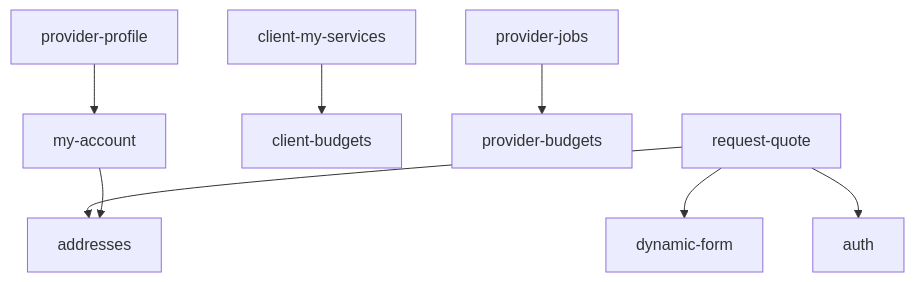
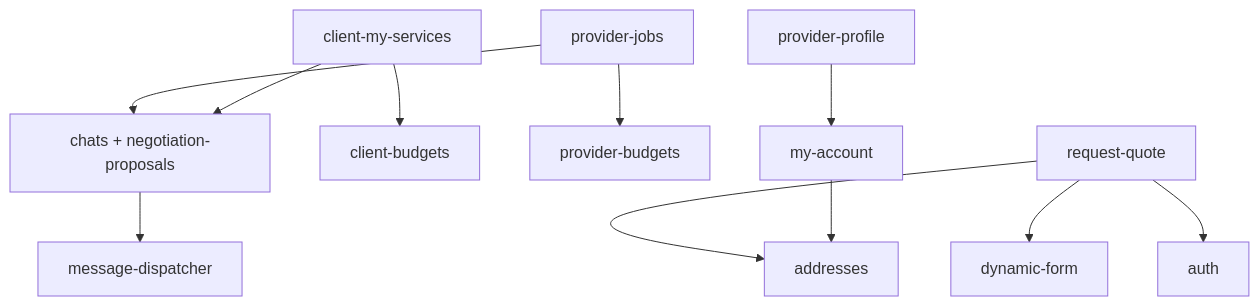
The diagram in docs/business/02-mapa-de-modulos-e-features.md (higorpo/renovi-orbit-test), drawn with Mermaid before and after one commit. The commit also changed other lines of this file and 154 other files, not shown here.

````diff
--- a/docs/business/02-mapa-de-modulos-e-features.md
+++ b/docs/business/02-mapa-de-modulos-e-features.md
@@ -64,20 +67,25 @@
 ```mermaid
 flowchart TB
   RQ[request-quote]
   DF[dynamic-form]
   AD[addresses]
   AU[auth]
   CM[client-my-services]
   CB[client-budgets]
   PJ[provider-jobs]
   PB[provider-budgets]
   PP[provider-profile]
   MA[my-account]
+  CH[chats + negotiation-proposals]
+  MD[message-dispatcher]
   RQ --> DF
   RQ --> AD
   RQ --> AU
   CM --> CB
   PJ --> PB
   MA --> AD
   PP --> MA
+  PJ --> CH
+  CH --> MD
+  CM --> CH
 ```
````
